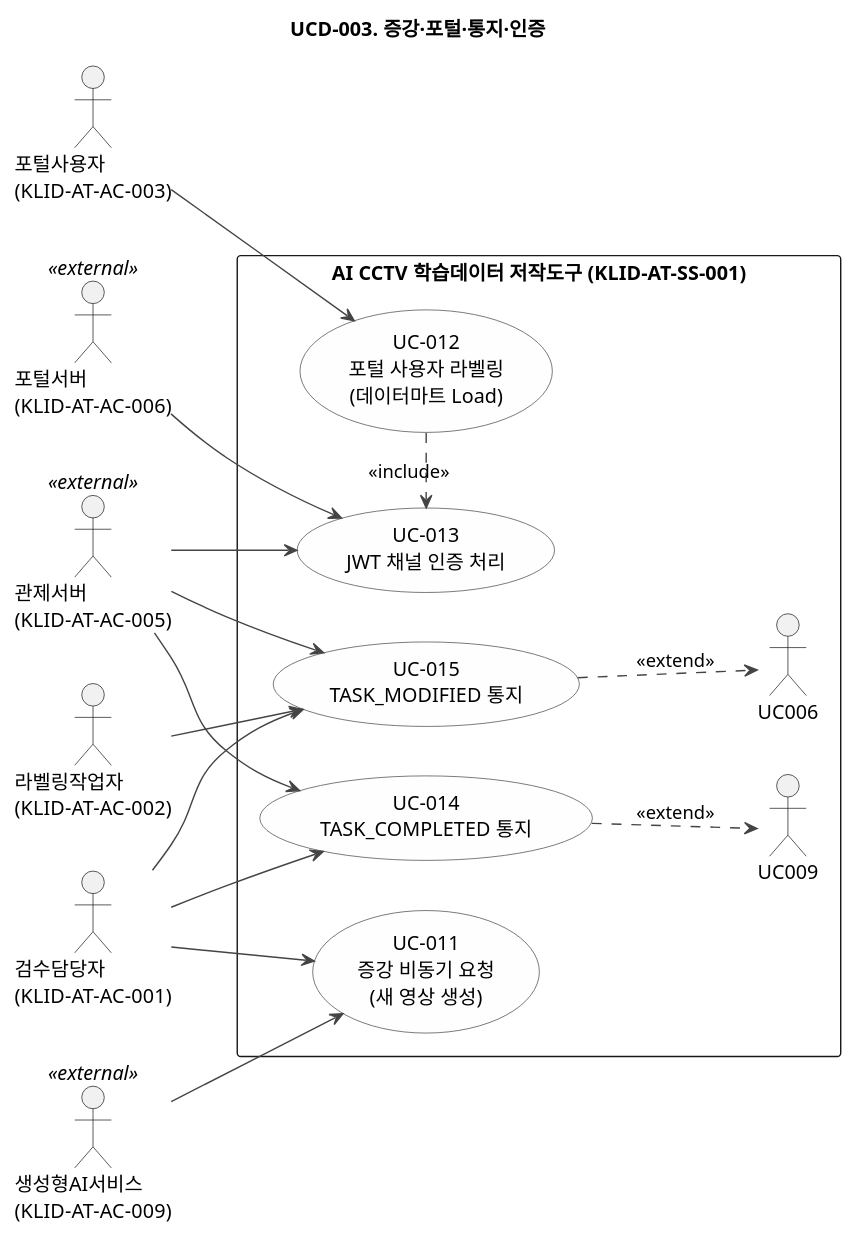
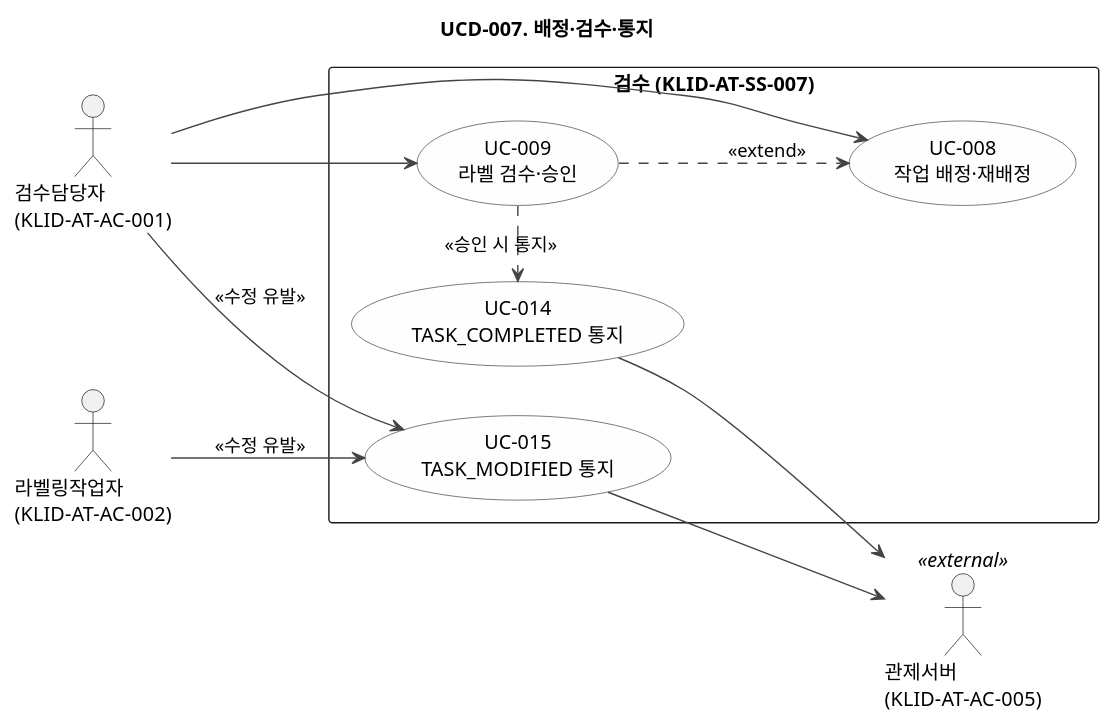
The seventh of 10 diagrams in docs/design/R2-유스케이스명세서.md (New-stella/klid-label), drawn with PlantUML before and after one commit. The commit also changed other lines of this file, not shown here.

First line of the commit message:
docs(R2): 서브시스템 1개→10개 분리 + UCD 시나리오 중심 재구성

````diff
--- a/docs/design/R2-유스케이스명세서.md
+++ b/docs/design/R2-유스케이스명세서.md
@@ -134,45 +274,36 @@
 ```plantuml
-@startuml KLID-AT-UCD-003
-title UCD-003. 증강·포털·통지·인증
+@startuml KLID-AT-UCD-007
+title UCD-007. 배정·검수·통지
 skinparam defaultFontName "Malgun Gothic"
 skinparam usecase {
   BackgroundColor #FEFEFE
   BorderColor #444444
   ArrowColor #444444
   ActorBackgroundColor #DDEEFF
   ActorBorderColor #336699
 }
 
 left to right direction
 
 actor "검수담당자\n(KLID-AT-AC-001)" as Reviewer
 actor "라벨링작업자\n(KLID-AT-AC-002)" as Labeler
-actor "포털사용자\n(KLID-AT-AC-003)" as Portal
 actor "관제서버\n(KLID-AT-AC-005)" as Control <<external>>
-actor "포털서버\n(KLID-AT-AC-006)" as PortalSrv <<external>>
-actor "생성형AI서비스\n(KLID-AT-AC-009)" as GenAI <<external>>
 
-rectangle "AI CCTV 학습데이터 저작도구 (KLID-AT-SS-001)" {
-  usecase "UC-011\n증강 비동기 요청\n(새 영상 생성)" as UC011
-  usecase "UC-012\n포털 사용자 라벨링\n(데이터마트 Load)" as UC012
-  usecase "UC-013\nJWT 채널 인증 처리" as UC013
+rectangle "검수 (KLID-AT-SS-007)" {
+  usecase "UC-008\n작업 배정·재배정" as UC008
+  usecase "UC-009\n라벨 검수·승인" as UC009
   usecase "UC-014\nTASK_COMPLETED 통지" as UC014
   usecase "UC-015\nTASK_MODIFIED 통지" as UC015
 
-  UC012 .> UC013 : <<include>>
-  UC014 ..> UC009 : <<extend>>
-  UC015 ..> UC006 : <<extend>>
+  UC009 ..> UC008 : <<extend>>
+  UC009 .> UC014 : <<승인 시 통지>>
 }
 
-Reviewer --> UC011
-Reviewer --> UC014
-Reviewer --> UC015
-Labeler --> UC015
-Portal --> UC012
-Control --> UC013
-Control --> UC014
-Control --> UC015
-PortalSrv --> UC013
-GenAI --> UC011
+Reviewer --> UC008
+Reviewer --> UC009
+Reviewer --> UC015 : <<수정 유발>>
+Labeler --> UC015 : <<수정 유발>>
+UC014 --> Control
+UC015 --> Control
 @enduml
 ```
````
